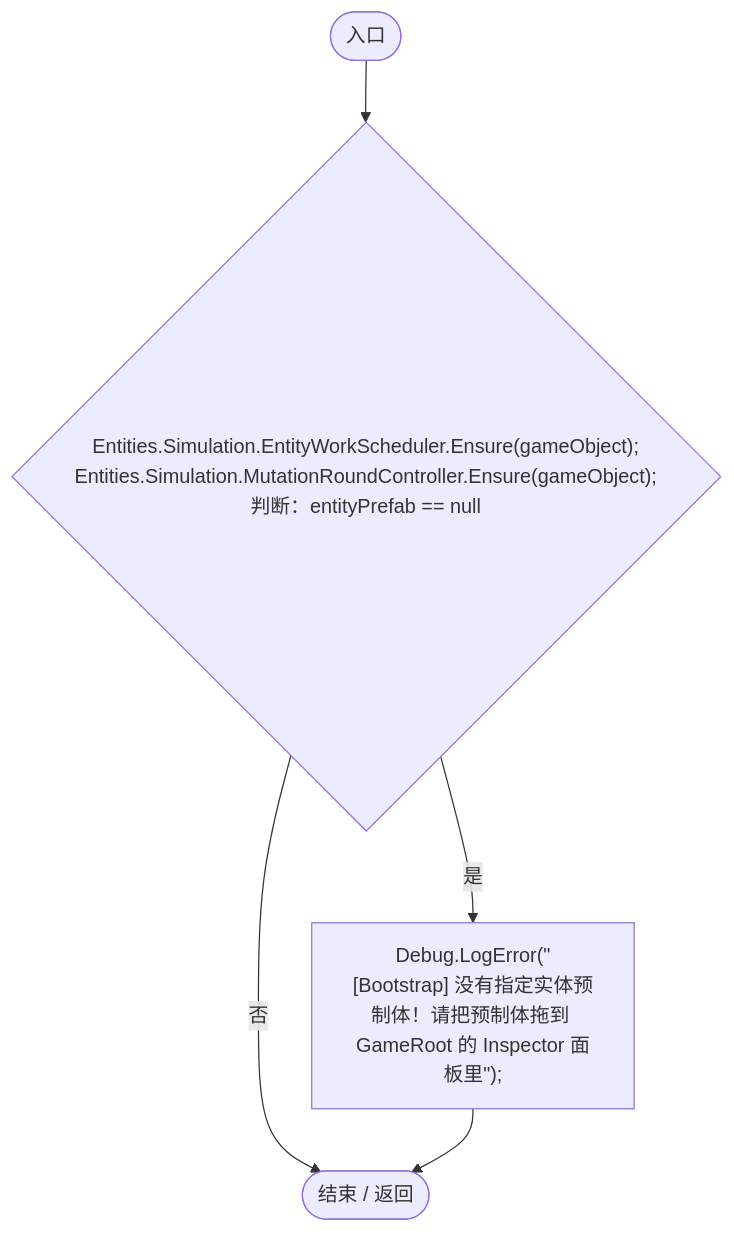
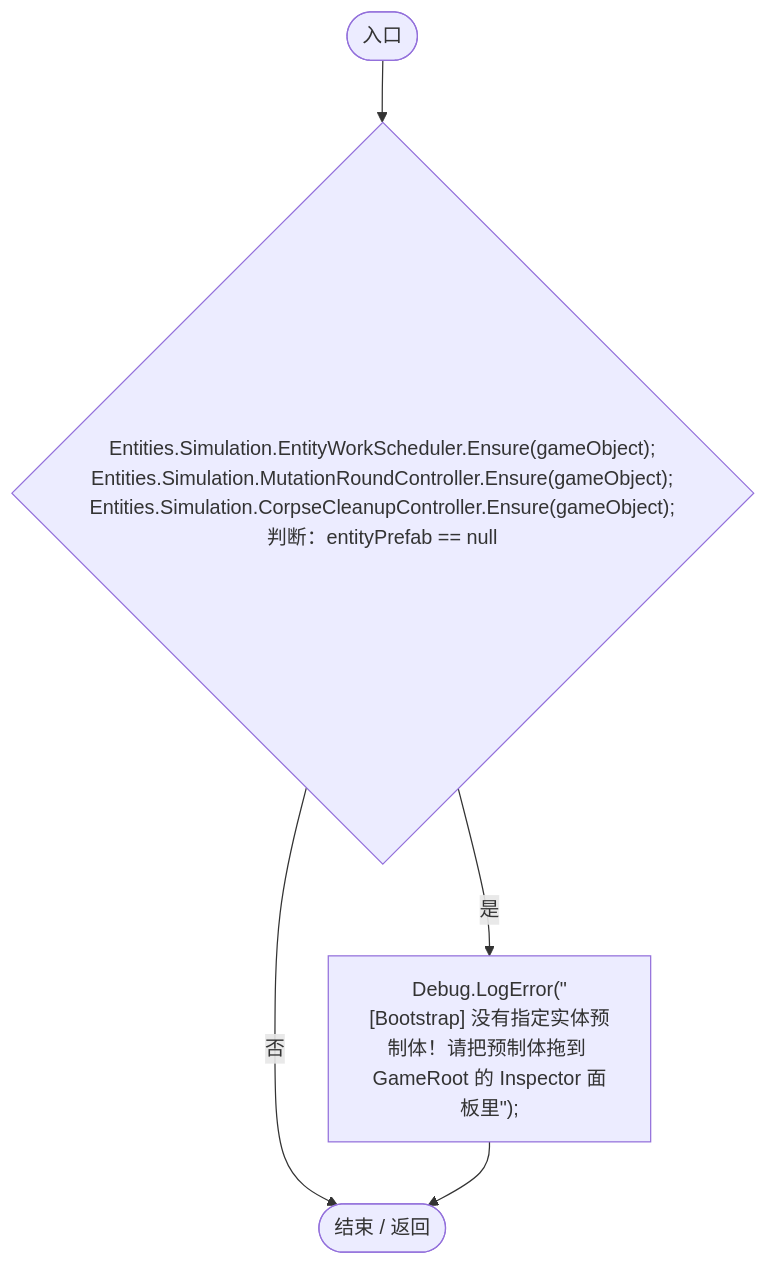
Before and after one commit to xhs6666/Darwin_paradise: the third of 4 diagrams in Docs/运行流程图/脚本/b97bb0ddbd6571c6.md, drawn with Mermaid. The commit also changed other lines of this file and 146 other files, not shown here.

Commit message:
Add mutation modes and scheduled corpse cleanup; reduce weather mesh overhead

````diff
--- a/Docs/运行流程图/脚本/b97bb0ddbd6571c6.md
+++ b/Docs/运行流程图/脚本/b97bb0ddbd6571c6.md
@@ -68,12 +68,12 @@
 ```mermaid
 flowchart TD
   b0(["入口"])
-  b1{"Entities.Simulation.EntityWorkScheduler.Ensure(gameObject);<br/>Entities.Simulation.MutationRoundController.Ensure(gameObject);<br/>判断：entityPrefab == null"}
+  b1{"Entities.Simulation.EntityWorkScheduler.Ensure(gameObject);<br/>Entities.Simulation.MutationRoundController.Ensure(gameObject);<br/>Entities.Simulation.CorpseCleanupController.Ensure(gameObject);<br/>判断：entityPrefab == null"}
   b2["Debug.LogError(&quot;[Bootstrap] 没有指定实体预制体！请把预制体拖到 GameRoot 的 Inspector 面板里&quot;);"]
   b3(["结束 / 返回"])
   b0 --> b1
   b1 -->|"是"| b2
   b1 -->|"否"| b3
   b2 --> b3
 
 ```
````
